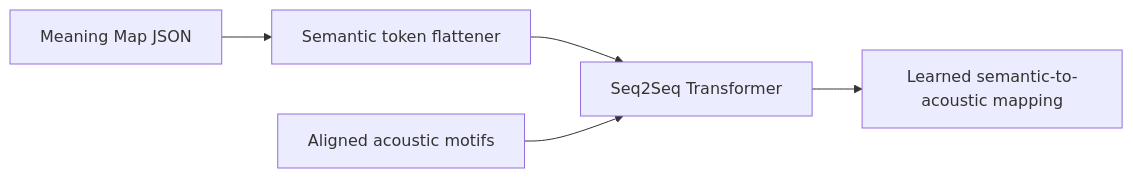
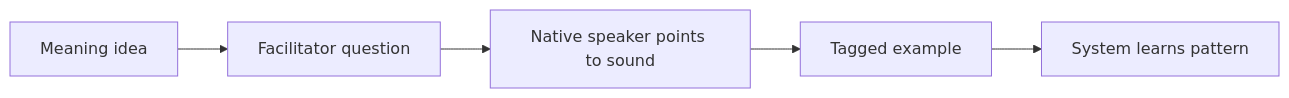
Before and after one commit to shemaobt/docs: the second of 4 diagrams in site/docs/architecture/tripod-overview.md, drawn with Mermaid. The commit also changed other lines of this file, not shown here.

First line of the commit message:
docs(architecture): rewrite Tripod overview in plain language

````diff
--- a/site/docs/architecture/tripod-overview.md
+++ b/site/docs/architecture/tripod-overview.md
@@ -219,7 +75,7 @@
 ```mermaid
 flowchart LR
-    A[Meaning Map JSON] --> B[Semantic token flattener]
-    B --> C[Seq2Seq Transformer]
-    D[Aligned acoustic motifs] --> C
-    C --> E[Learned semantic-to-acoustic mapping]
+    A[Meaning idea] --> B[Facilitator question]
+    B --> C[Native speaker points to sound]
+    C --> D[Tagged example]
+    D --> E[System learns pattern]
 ```
````
